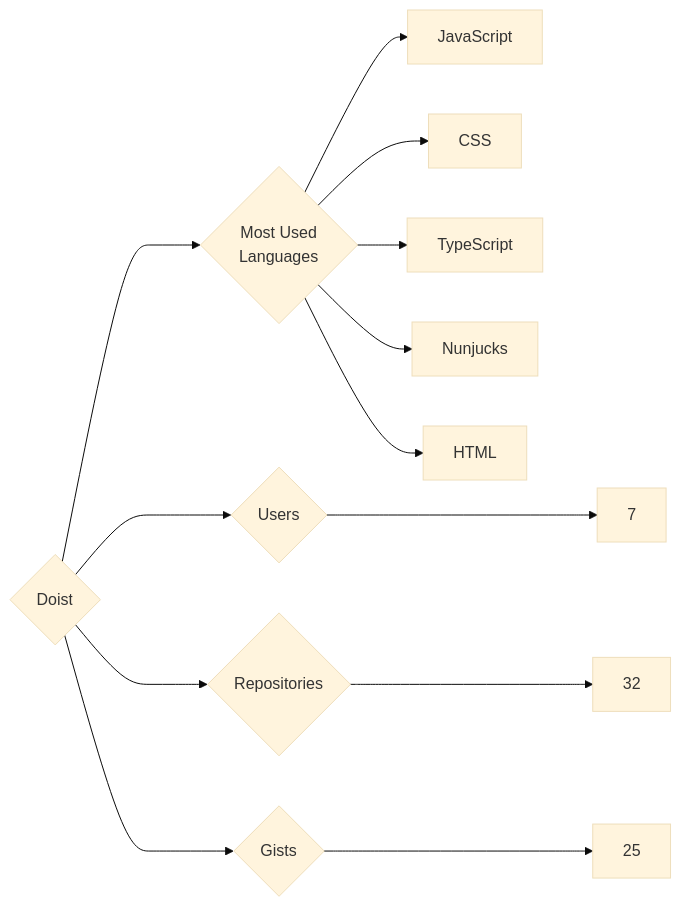
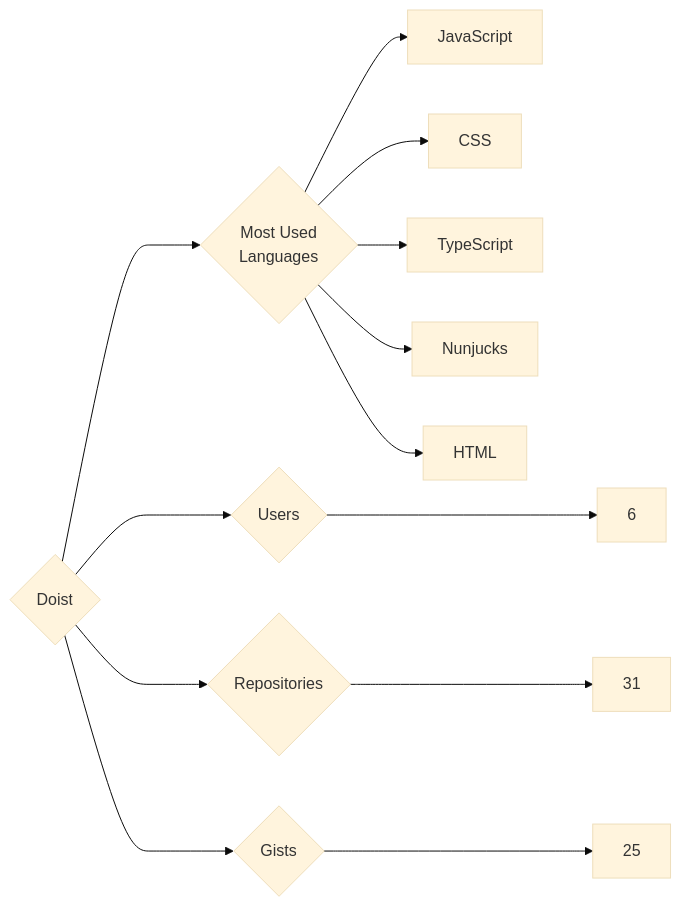
One commit to trickest/insiders changed the diagram in targets/Doist/README.md. Above: the diagram before and after it, drawn with Mermaid (base theme). The commit also changed 1007 other files, not shown here.

````diff
--- a/targets/Doist/README.md
+++ b/targets/Doist/README.md
@@ -3,13 +3,13 @@
 ```mermaid
 graph LR
 COMPANY_NAME{Doist}
-COMPANY_NAME ---> U{Users} ---> UN[7]
-COMPANY_NAME ---> R{Repositories} ---> RN[32]
+COMPANY_NAME ---> U{Users} ---> UN[6]
+COMPANY_NAME ---> R{Repositories} ---> RN[31]
 COMPANY_NAME ---> G{Gists} ---> GN[25]
 COMPANY_NAME ---> ML{Most Used<br>Languages}
 ML --> JavaScript[JavaScript]
 ML --> CSS[CSS]
 ML --> TypeScript[TypeScript]
 ML --> Nunjucks[Nunjucks]
 ML --> HTML[HTML]
 ```
````
